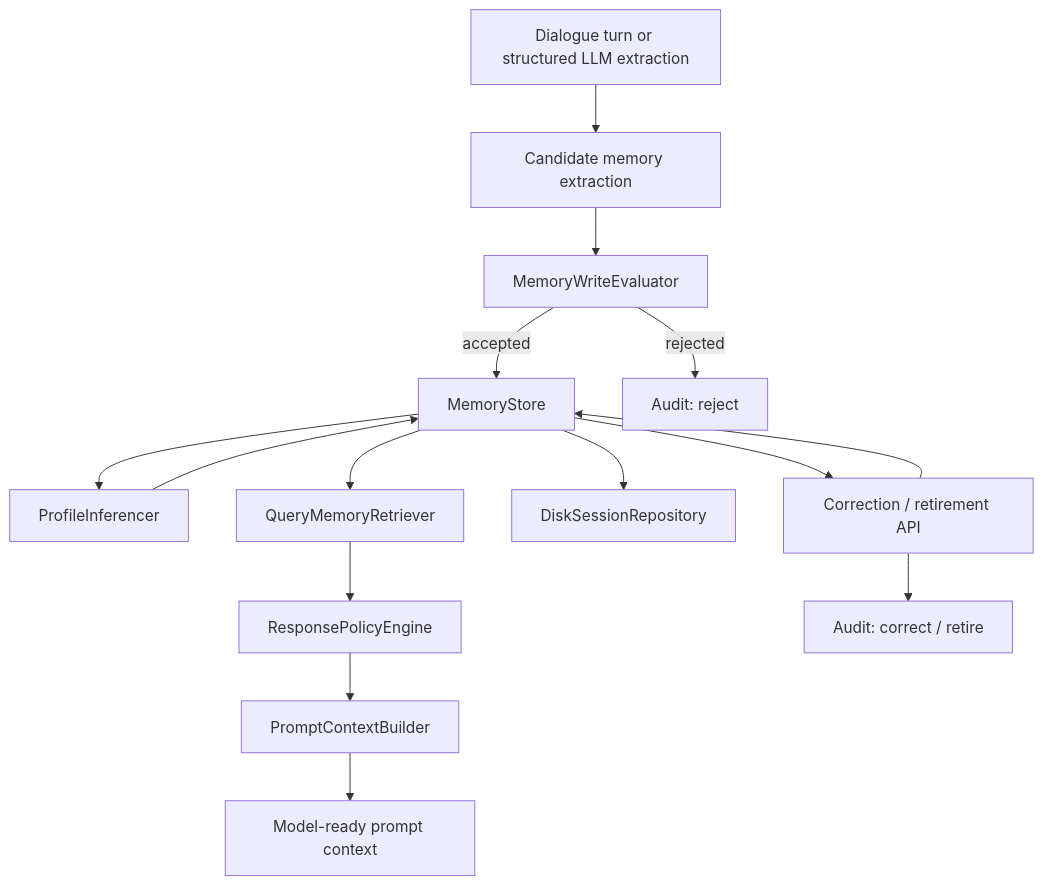
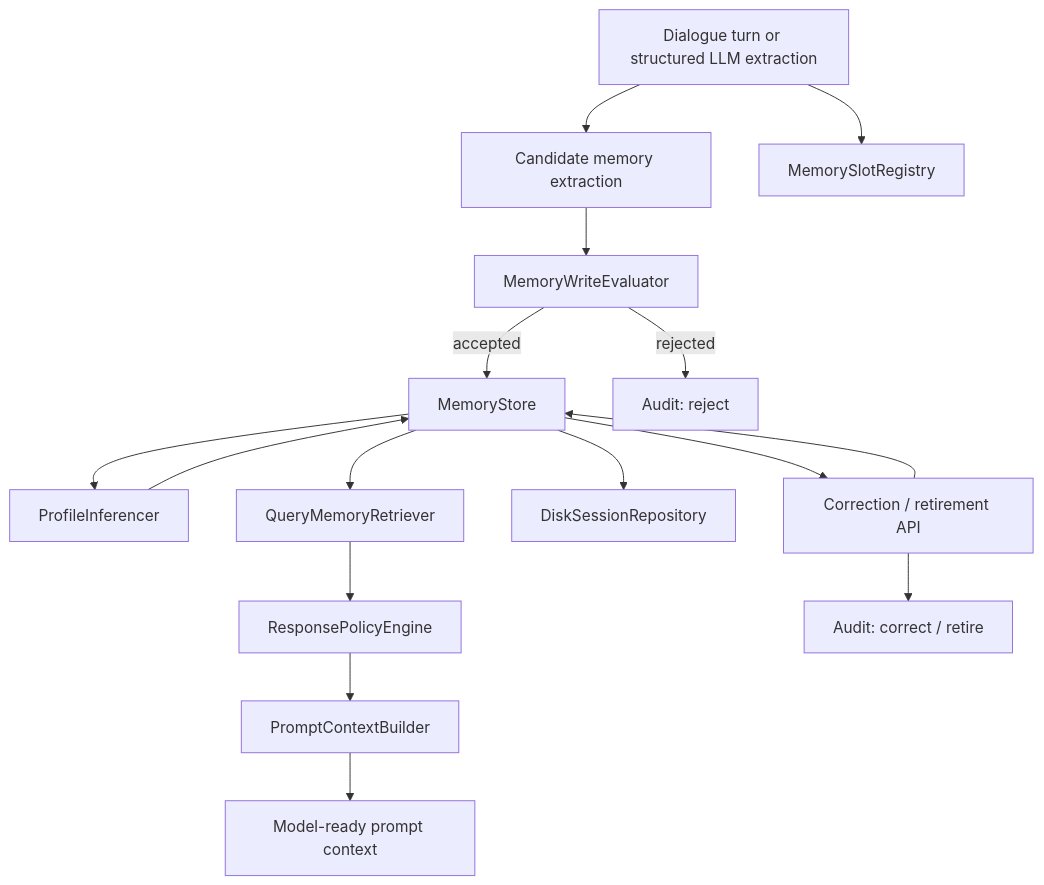
One commit to 2sao7sao/EvolveMemory changed the diagram in README.md. Above: the diagram before and after it, drawn with Mermaid. The commit also changed other lines of this file and 9 other files, not shown here.

Commit message:
Add memory slot registry and README diagrams

````diff
--- a/README.md
+++ b/README.md
@@ -109,17 +112,18 @@
 ```mermaid
 flowchart TD
     A["Dialogue turn or structured LLM extraction"] --> B["Candidate memory extraction"]
+    A --> R["MemorySlotRegistry"]
     B --> C["MemoryWriteEvaluator"]
     C -->|accepted| D["MemoryStore"]
     C -->|rejected| E["Audit: reject"]
     D --> F["ProfileInferencer"]
     F --> D
     D --> G["QueryMemoryRetriever"]
     G --> H["ResponsePolicyEngine"]
     H --> I["PromptContextBuilder"]
     I --> J["Model-ready prompt context"]
     D --> K["DiskSessionRepository"]
     D --> L["Correction / retirement API"]
     L --> D
     L --> M["Audit: correct / retire"]
 ```
````
